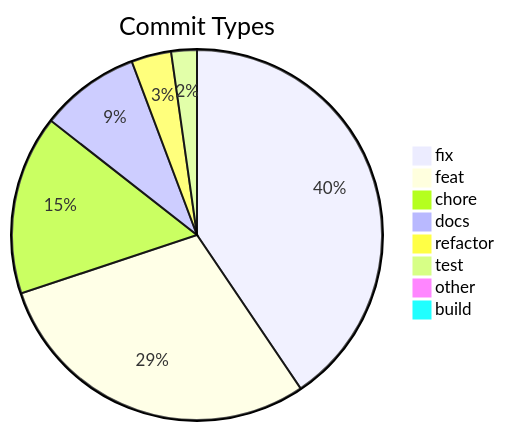
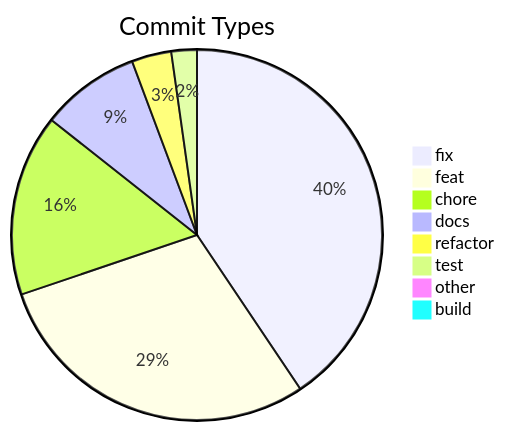
The diagram in .shipwright/compliance/change-history.md (svenroth-ai/shipwright-webui), drawn with Mermaid before and after one commit. The commit also changed other lines of this file and 10 other files, not shown here.

````diff
--- a/.shipwright/compliance/change-history.md
+++ b/.shipwright/compliance/change-history.md
@@ -8,11 +8,11 @@
 ```mermaid
 pie title Commit Types
-    "fix" : 163
+    "fix" : 164
     "feat" : 118
-    "chore" : 63
+    "chore" : 64
     "docs" : 35
     "refactor" : 14
     "test" : 9
     "other" : 4
     "build" : 1
 ```
````
